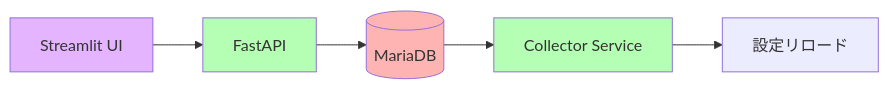
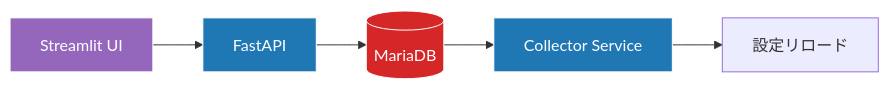
The third of 3 diagrams in docs/architecture/sensor-collection-architecture.md (w-pinkietech/iot4-copy), drawn with Mermaid before and after one commit. The commit also changed other lines of this file, not shown here.

First line of the commit message:
docs: Improve Mermaid diagram colors for dark mode compatibility

````diff
--- a/docs/architecture/sensor-collection-architecture.md
+++ b/docs/architecture/sensor-collection-architecture.md
@@ -239,12 +239,12 @@
 ```mermaid
 flowchart LR
     UI[Streamlit UI] --> API[FastAPI]
     API --> DB[(MariaDB)]
     DB --> Service[Collector Service]
     Service --> Reload[設定リロード]
     
-    style UI fill:#E5B4FF
-    style API fill:#B4FFB4
-    style DB fill:#FFB4B4
-    style Service fill:#B4FFB4
+    style UI fill:#9467bd,stroke:#fff,color:#fff
+    style API fill:#1f77b4,stroke:#fff,color:#fff
+    style DB fill:#d62728,stroke:#fff,color:#fff
+    style Service fill:#1f77b4,stroke:#fff,color:#fff
 ```
````
